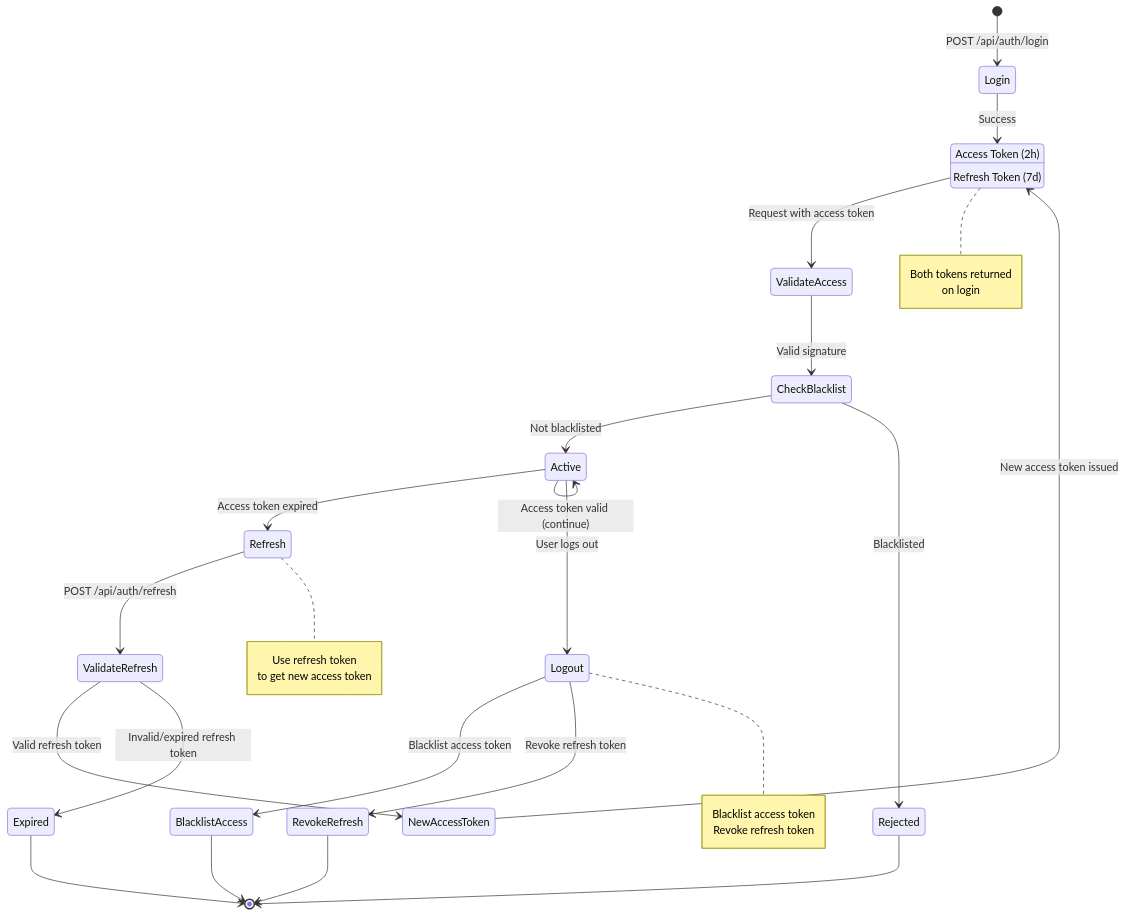
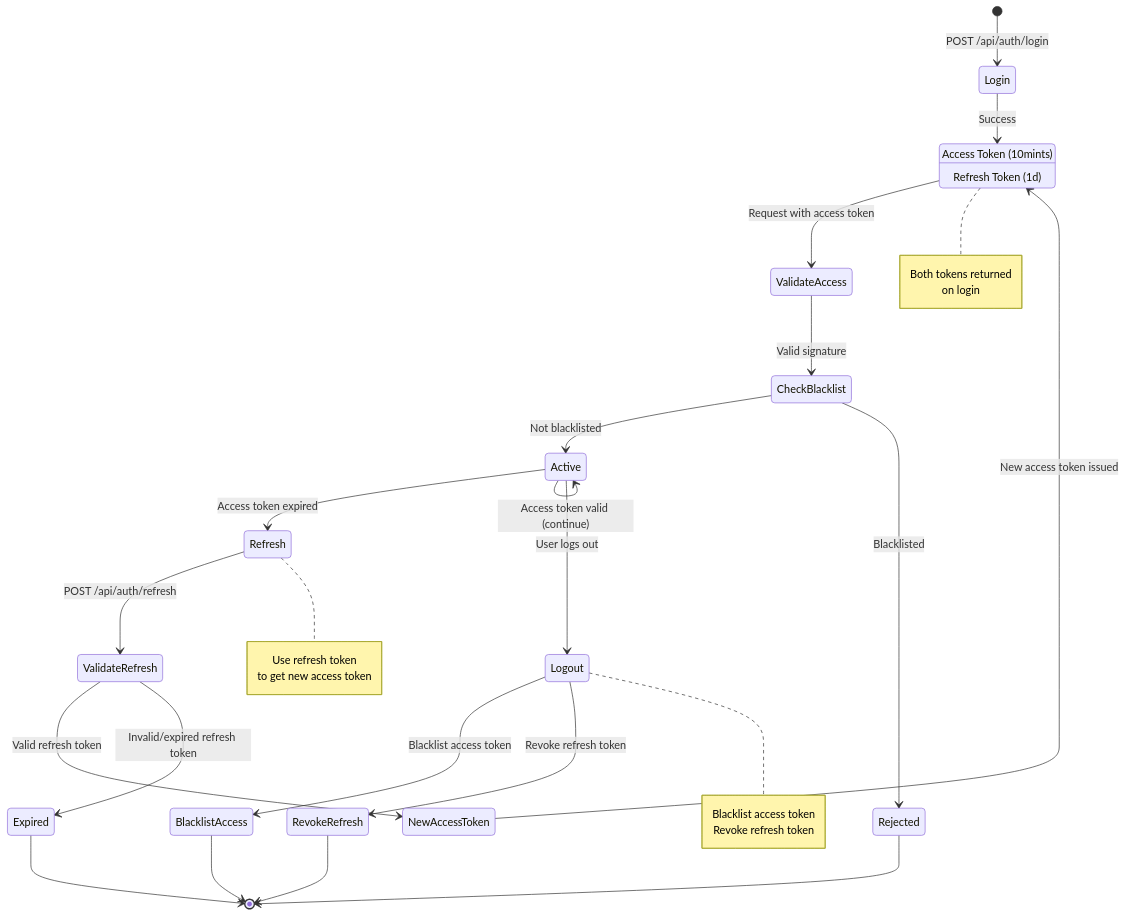
One commit to zhangisaac/workflow-bpmn-service changed the seventh of 7 diagrams in ARCHITECTURE_DIAGRAM.md. Above: the diagram before and after it, drawn with Mermaid. The commit also changed 10 other files, not shown here.

Commit message:
Token Refresh logic initialization.

````diff
--- a/ARCHITECTURE_DIAGRAM.md
+++ b/ARCHITECTURE_DIAGRAM.md
@@ -404,42 +404,42 @@
 ```mermaid
 stateDiagram-v2
     [*] --> Login: POST /api/auth/login
     Login --> TokenPair: Success
-    TokenPair: Access Token (2h)
-    TokenPair: Refresh Token (7d)
+    TokenPair: Access Token (10mints)
+    TokenPair: Refresh Token (1d)
     
     TokenPair --> ValidateAccess: Request with access token
     ValidateAccess --> CheckBlacklist: Valid signature
     CheckBlacklist --> Active: Not blacklisted
     CheckBlacklist --> Rejected: Blacklisted
     Active --> Refresh: Access token expired
     Active --> Active: Access token valid (continue)
     Active --> Logout: User logs out
     
     Refresh --> ValidateRefresh: POST /api/auth/refresh
     ValidateRefresh --> NewAccessToken: Valid refresh token
     ValidateRefresh --> Expired: Invalid/expired refresh token
     NewAccessToken --> TokenPair: New access token issued
     
     Logout --> BlacklistAccess: Blacklist access token
     Logout --> RevokeRefresh: Revoke refresh token
     BlacklistAccess --> [*]
     RevokeRefresh --> [*]
     Expired --> [*]
     Rejected --> [*]
     
     note right of TokenPair
         Both tokens returned
         on login
     end note
     
     note right of Refresh
         Use refresh token
         to get new access token
     end note
     
     note right of Logout
         Blacklist access token
         Revoke refresh token
     end note
 ```
````
